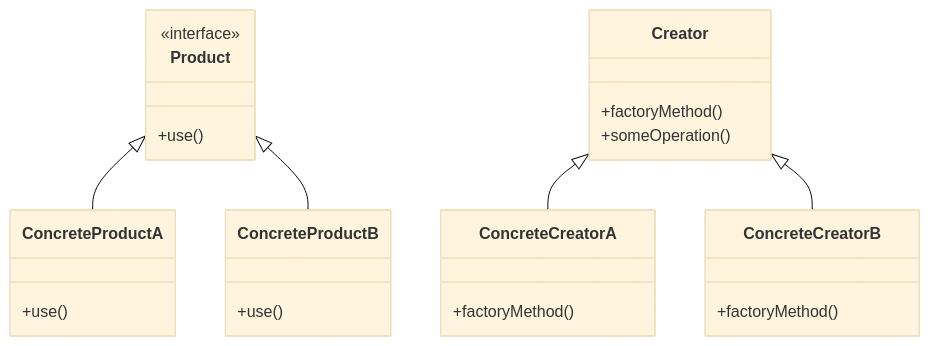
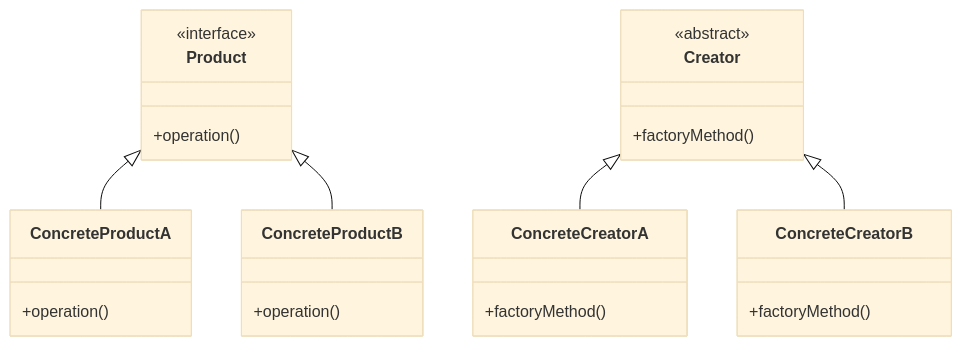
The fourth of 8 diagrams in articles/_posts/2024/2024-08-21-factory-method.md (42jerrykim/42jerrykim.github.io), drawn with Mermaid (base theme) before and after one commit. The commit also changed other lines of this file, not shown here.

````diff
--- a/articles/_posts/2024/2024-08-21-factory-method.md
+++ b/articles/_posts/2024/2024-08-21-factory-method.md
@@ -711,28 +725,33 @@
 ```mermaid
 classDiagram
     class Product {
         <<interface>>
-        +use()
-    }
-    class ConcreteProductA {
-        +use()
-    }
-    class ConcreteProductB {
-        +use()
-    }
-    class Creator {
-        +factoryMethod()
-        +someOperation()
-    }
-    class ConcreteCreatorA {
-        +factoryMethod()
-    }
-    class ConcreteCreatorB {
-        +factoryMethod()
+        +operation()
     }
 
+    class ConcreteProductA {
+        +operation()
+    }
+
+    class ConcreteProductB {
+        +operation()
+    }
+
+    class Creator {
+        <<abstract>>
+        +factoryMethod() 
+    }
+
+    class ConcreteCreatorA {
+        +factoryMethod() 
+    }
+
+    class ConcreteCreatorB {
+        +factoryMethod() 
+    }
+
+    Creator <|-- ConcreteCreatorA
+    Creator <|-- ConcreteCreatorB
     Product <|-- ConcreteProductA
     Product <|-- ConcreteProductB
-    Creator <|-- ConcreteCreatorA
-    Creator <|-- ConcreteCreatorB
 ```
````
